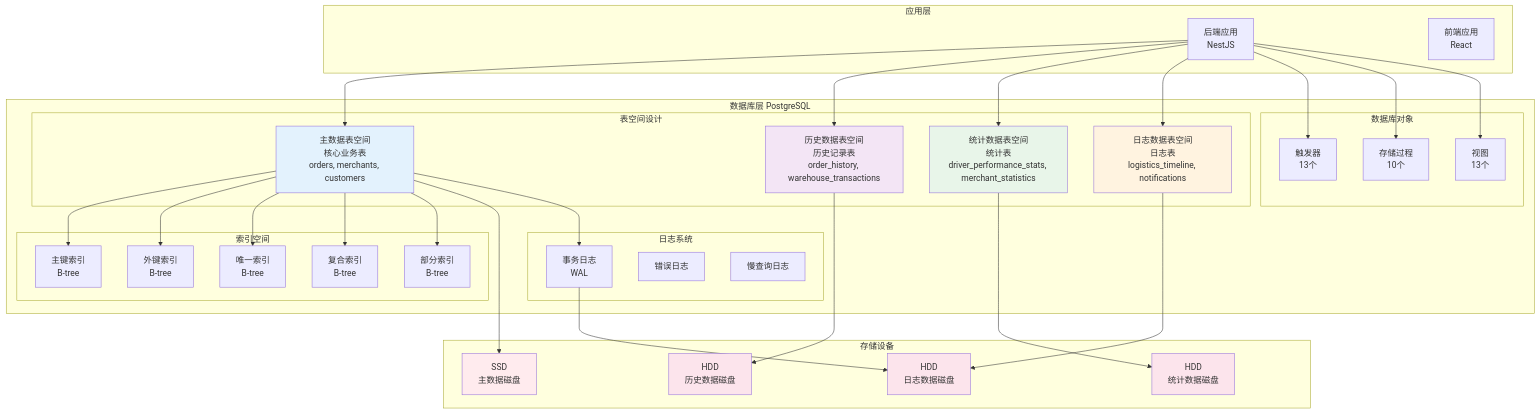
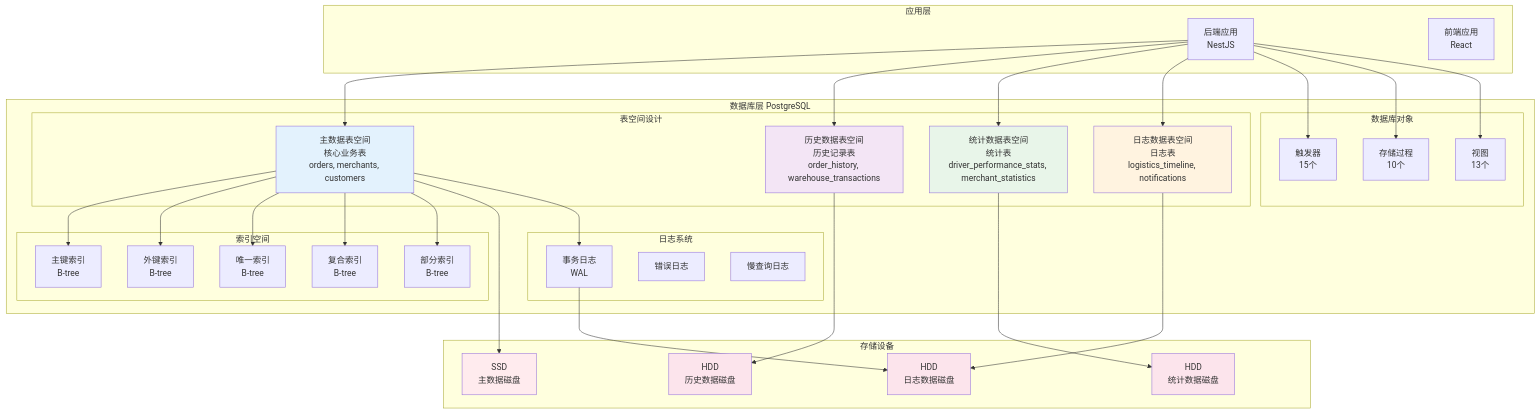
Diagram 21 of 21 in docs/《数据库系统概论》课程设计报告.md (cmzbutqq/deliver-track), drawn with Mermaid before and after one commit. The commit also changed other lines of this file, not shown here.

````diff
--- a/docs/《数据库系统概论》课程设计报告.md
+++ b/docs/《数据库系统概论》课程设计报告.md
@@ -3010,74 +3004,74 @@
 ```mermaid
 graph TB
     subgraph 应用层[应用层]
         Backend[后端应用<br/>NestJS]
         Frontend[前端应用<br/>React]
     end
 
     subgraph 数据库层[数据库层 PostgreSQL]
         subgraph 表空间[表空间设计]
             MainData[主数据表空间<br/>核心业务表<br/>orders, merchants, customers]
             HistoryData[历史数据表空间<br/>历史记录表<br/>order_history, warehouse_transactions]
             StatsData[统计数据表空间<br/>统计表<br/>driver_performance_stats, merchant_statistics]
             LogData[日志数据表空间<br/>日志表<br/>logistics_timeline, notifications]
         end
 
         subgraph 索引空间[索引空间]
             PKIndex[主键索引<br/>B-tree]
             FKIndex[外键索引<br/>B-tree]
             UniqueIndex[唯一索引<br/>B-tree]
             CompositeIndex[复合索引<br/>B-tree]
             PartialIndex[部分索引<br/>B-tree]
         end
 
         subgraph 数据库对象[数据库对象]
-            Triggers[触发器<br/>13个]
+            Triggers[触发器<br/>15个]
             Procedures[存储过程<br/>10个]
             Views[视图<br/>13个]
         end
 
         subgraph 日志系统[日志系统]
             WAL[事务日志<br/>WAL]
             ErrorLog[错误日志]
             SlowQueryLog[慢查询日志]
         end
     end
 
     subgraph 存储设备[存储设备]
         SSD[SSD<br/>主数据磁盘]
         HDD1[HDD<br/>历史数据磁盘]
         HDD2[HDD<br/>统计数据磁盘]
         HDD3[HDD<br/>日志数据磁盘]
     end
 
     Backend --> MainData
     Backend --> HistoryData
     Backend --> StatsData
     Backend --> LogData
     Backend --> Triggers
     Backend --> Procedures
     Backend --> Views
 
     MainData --> PKIndex
     MainData --> FKIndex
     MainData --> UniqueIndex
     MainData --> CompositeIndex
     MainData --> PartialIndex
 
     MainData --> SSD
     HistoryData --> HDD1
     StatsData --> HDD2
     LogData --> HDD3
 
     MainData --> WAL
     WAL --> HDD3
 
     style MainData fill:#e3f2fd
     style HistoryData fill:#f3e5f5
     style StatsData fill:#e8f5e9
     style LogData fill:#fff3e0
     style SSD fill:#ffebee
     style HDD1 fill:#fce4ec
     style HDD2 fill:#fce4ec
     style HDD3 fill:#fce4ec
 ```
````
